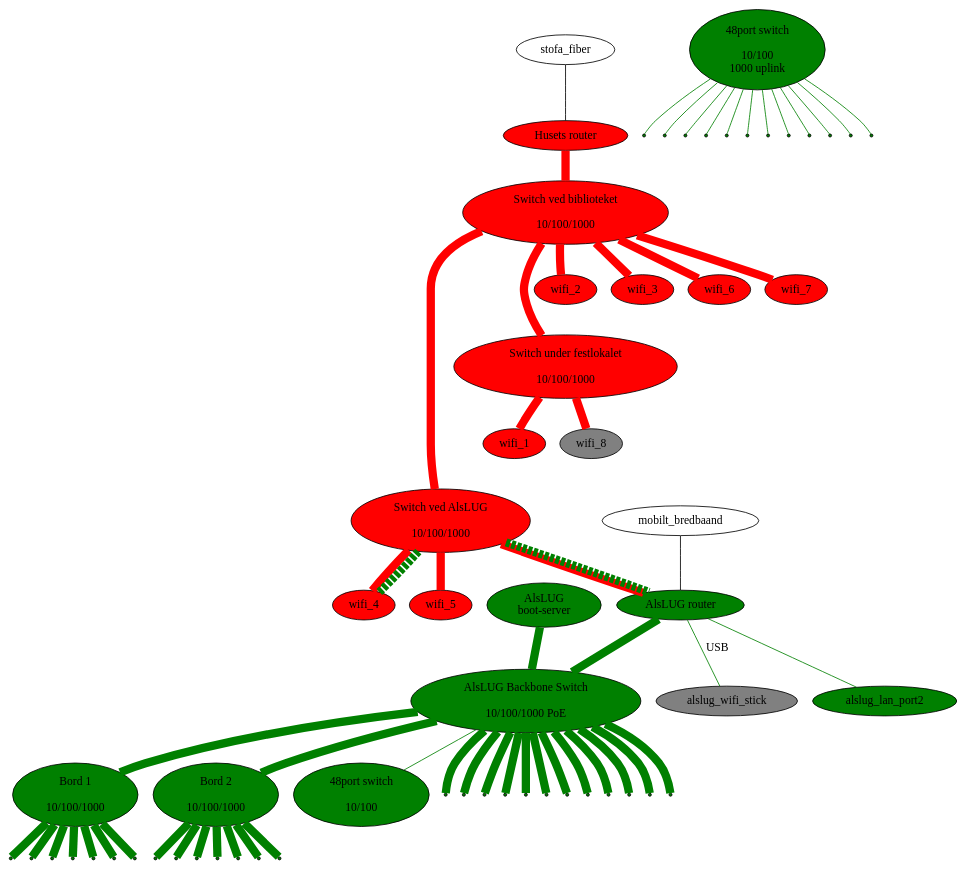
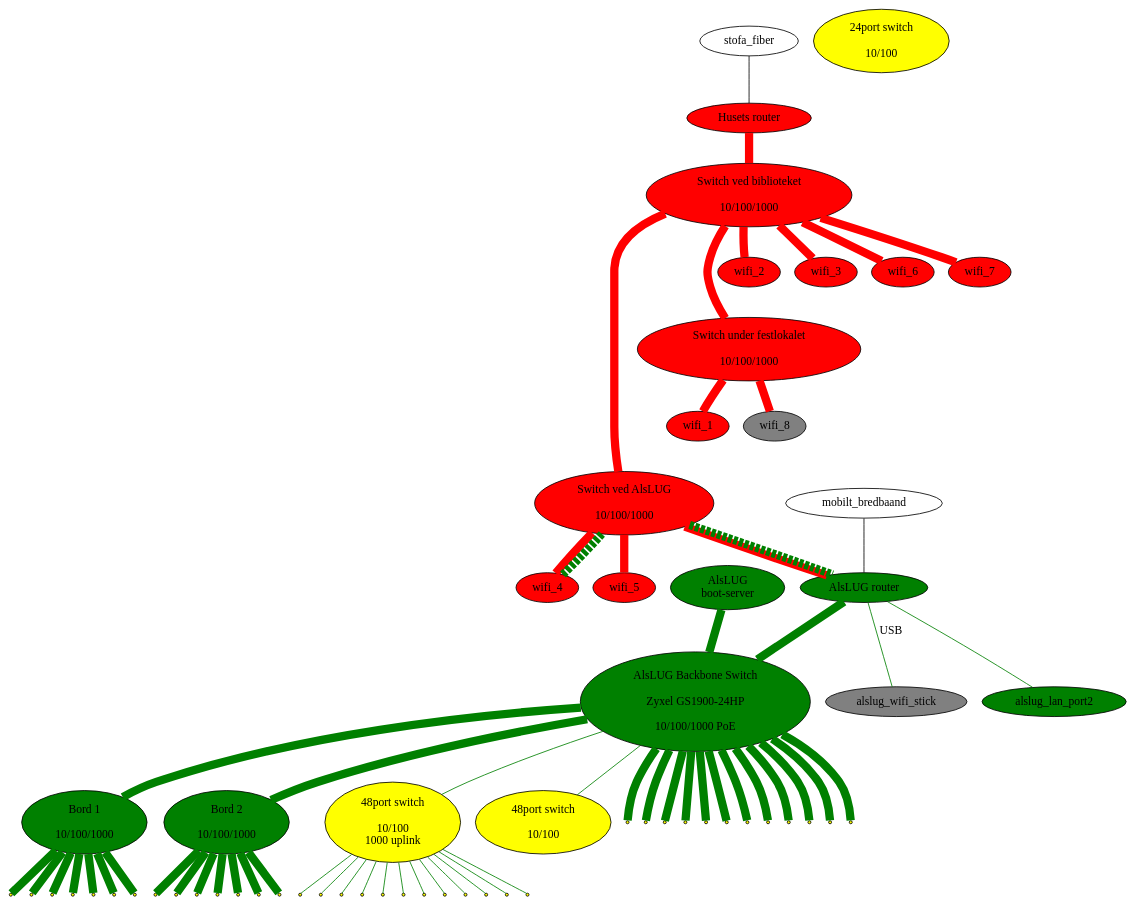
Before and after one commit to alslug/alslug.dk: the diagram in projekter/network.dot, drawn with Graphviz.

```diff
--- a/projekter/network.dot
+++ b/projekter/network.dot
@@ -1,71 +1,75 @@
 digraph xxx {
 #  link_12a [ shape=point ];
 #  link_12b [ shape=point ];
 #  link_12c [ shape=point ];
   edge [ dir=none penwidth=10 ];
 
   node [ style=filled fillcolor=red ];
   husets_router [ label="Husets router" ];
   husets_switch_1 [ label="Switch ved biblioteket\n\n 10/100/1000" ];
   husets_switch_2 [ label="Switch ved AlsLUG\n\n 10/100/1000" ];
   festlokale_switch [ label="Switch under festlokalet\n\n 10/100/1000" ];
   wifi_1 wifi_2 wifi_3 wifi_4 wifi_5 wifi_6 wifi_7;
   wifi_8 [ fillcolor=gray ];
   
   node [ style=filled fillcolor=green ];
   alslug_router [ label="AlsLUG router" ];
   alslug_gl_bootserver [ label="AlsLUG\nboot-server" ];
-  alslug_backbone_switch [ label="AlsLUG Backbone Switch\n\n10/100/1000 PoE"];
+  alslug_backbone_switch [ label="AlsLUG Backbone Switch\n\nZyxel GS1900-24HP\n\n10/100/1000 PoE"];
   bord_1 [ label="Bord 1\n\n10/100/1000"];
   bord_2 [ label="Bord 2\n\n10/100/1000"];
-  switch_48p [ label="48port switch\n\n10/100\n1000 uplink"];
-  switch_48p_poe [ label="48port switch\n\n10/100"];
   alslug_wifi_stick alslug_lan_port2;
+  
+  // Udstyr som pt ikke bruges
+  node [ style=filled fillcolor=yellow ];
+  switch_24p      [ label="24port switch\n\n10/100"];
+  switch_48p      [ label="48port switch\n\n10/100\n1000 uplink"];
+  switch_48p_poe  [ label="48port switch\n\n10/100"];
   
   node [ style=normal ];
   // Internet forbindelser
   stofa_fiber      -> husets_router [ penwidth=1 fillcolor=black style=filled ];
   mobilt_bredbaand -> alslug_router [ penwidth=1 fillcolor=black style=filled ];
   
   // Husets forbindelser
   edge  [ color=red style=solid ];
   husets_router -> husets_switch_1 -> { wifi_2 wifi_3 wifi_6 wifi_7 };
   husets_switch_1 -> husets_switch_2 -> { wifi_4 wifi_5 alslug_router};
   husets_switch_1 -> festlokale_switch -> { wifi_1 wifi_8 };
 
   // VLAN forbindelser over bakkensbros netværk
   edge  [ color=green style=dashed ];
   husets_switch_2 -> { alslug_router wifi_4 };
 
   alslug_wifi_stick [ fillcolor=gray style=filled ];
 
   // Interne forbindelser
   edge [ color=green style=solid ];
   node [ shape=point ];
   {alslug_router alslug_gl_bootserver} -> alslug_backbone_switch -> { bord_1 bord_2 
                   vindue_left_12  vindue_left_11  vindue_left_10  vindue_left_9
                   vindue_center_8 vindue_center_7 vindue_center_6 vindue_center_5
                   vindue_right_4  vindue_right_3  vindue_right_2  vindue_right_1
                   }
  
   alslug_router -> alslug_wifi_stick [ penwidth=1 label="USB" ];
   alslug_router -> alslug_lan_port2 [ penwidth=1 ];
-  alslug_backbone_switch -> switch_48p_poe [ penwidth=1 ];
+  alslug_backbone_switch -> {switch_48p_poe switch_48p} [ penwidth=1 ];
   
   bord_1 -> {
                   bord_1_1 bord_1_2 bord_1_3 bord_1_4
                   bord_1_5 bord_1_6 bord_1_7
                 };
   bord_2 -> {
                   bord_2_1 bord_2_2 bord_2_3 bord_2_4
                   bord_2_5 bord_2_6 bord_2_7
                 };
   switch_48p -> {
                   switch_48p_1 switch_48p_2 switch_48p_3 switch_48p_4
                   switch_48p_5 switch_48p_6 switch_48p_7 switch_48p_8
                   switch_48p_9 switch_48p_10 switch_48p_11 switch_48p_12
                 } [ penwidth=1 ];
   
   edge [ color=invis ];
   husets_switch_1 -> wifi_2 -> festlokale_switch -> wifi_1 -> husets_switch_2;
 }
```
